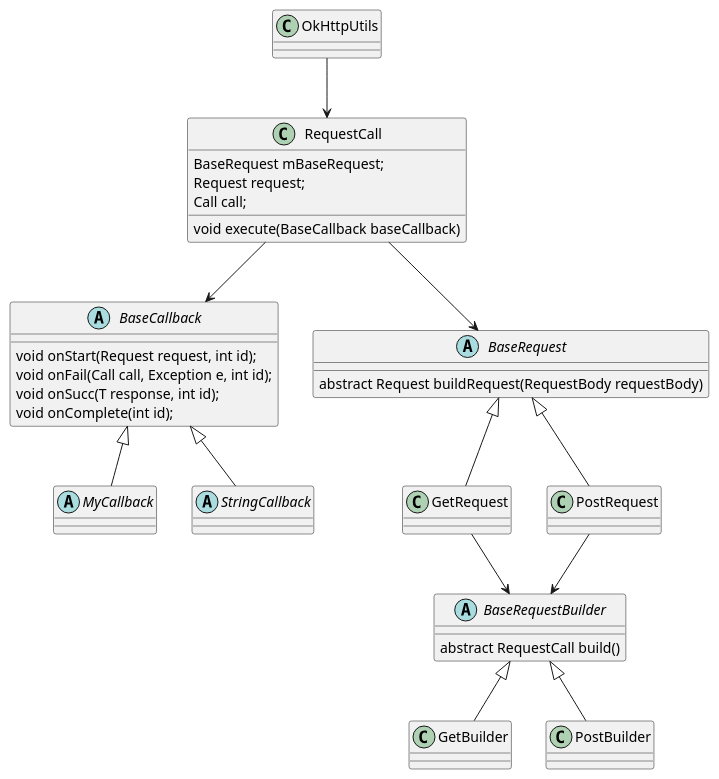
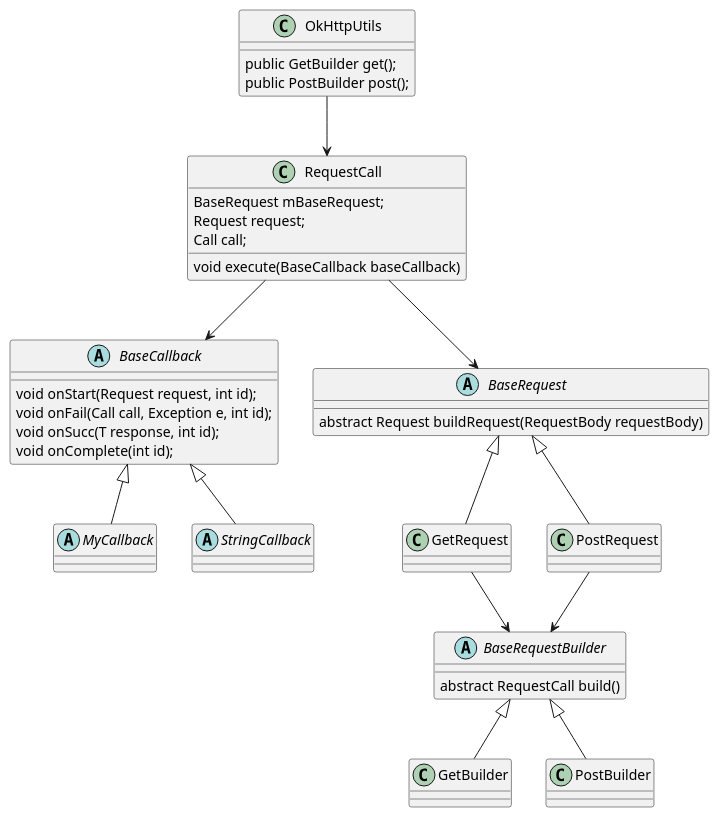
The diagram in okhttp3-java-example/app/src/main/java/com/mxdl/okhttp3/ok_fly/uml/okhttp.puml (mxdldev/okhttp3-example), drawn with PlantUML before and after one commit. The commit also changed 16 other files, not shown here.

```diff
--- a/okhttp3-java-example/app/src/main/java/com/mxdl/okhttp3/ok_fly/uml/okhttp.puml
+++ b/okhttp3-java-example/app/src/main/java/com/mxdl/okhttp3/ok_fly/uml/okhttp.puml
@@ -1,38 +1,42 @@
 @startuml
 
 abstract class BaseCallback{
     void onStart(Request request, int id);
     void onFail(Call call, Exception e, int id);
     void onSucc(T response, int id);
     void onComplete(int id);
 }
 abstract class BaseRequest{
     abstract Request buildRequest(RequestBody requestBody)
 }
 abstract class BaseRequestBuilder{
     abstract RequestCall build()
 }
 
 class GetBuilder extends BaseRequestBuilder
 class PostBuilder extends BaseRequestBuilder
 
 class GetRequest extends BaseRequest
 class PostRequest extends BaseRequest
 
 abstract class MyCallback extends BaseCallback
 abstract class StringCallback extends BaseCallback
 
 class RequestCall{
     BaseRequest mBaseRequest;
     Request request;
     Call call;
     void execute(BaseCallback baseCallback)
 }
 GetRequest --> BaseRequestBuilder
 PostRequest --> BaseRequestBuilder
 
 RequestCall --> BaseRequest
 RequestCall --> BaseCallback
 
+class OkHttpUtils{
+   public GetBuilder get();
+   public PostBuilder post();
+}
 OkHttpUtils --> RequestCall
 @enduml
```
